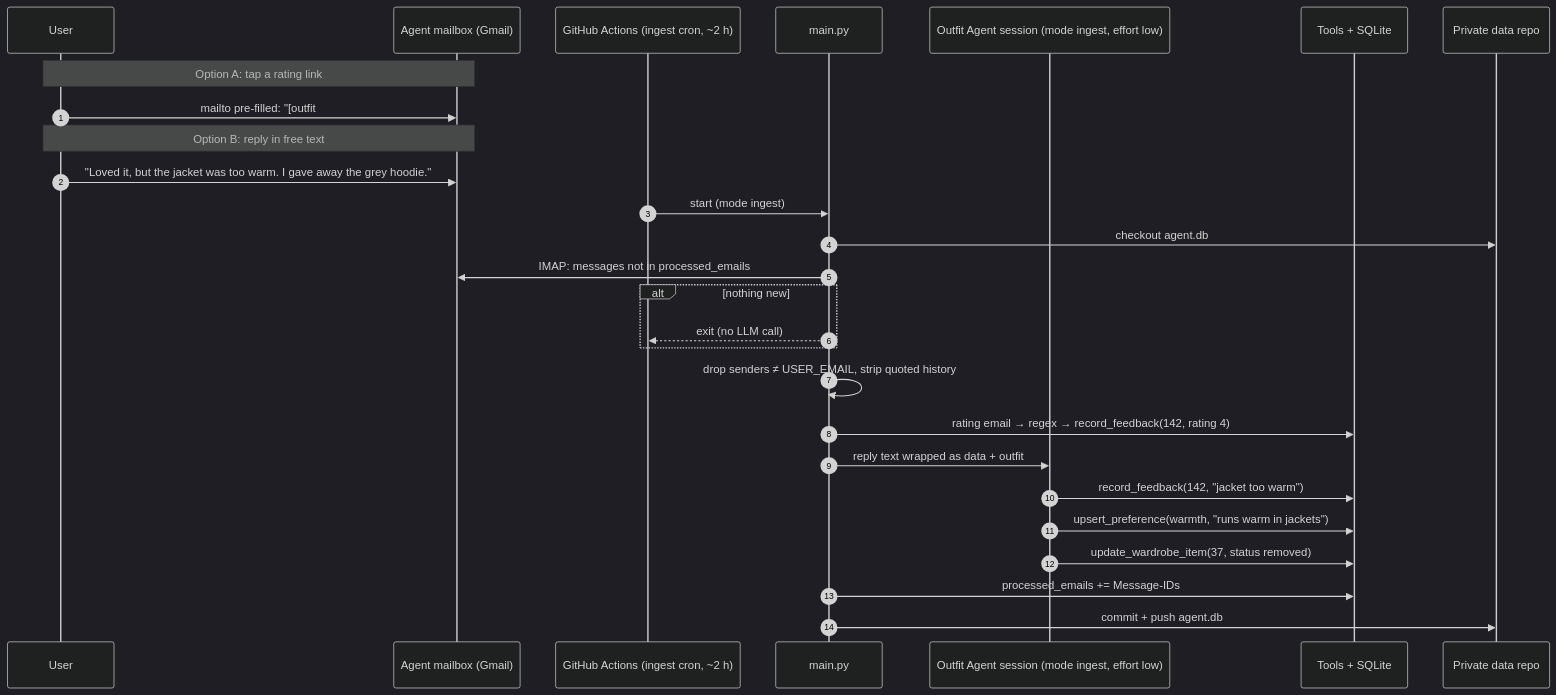
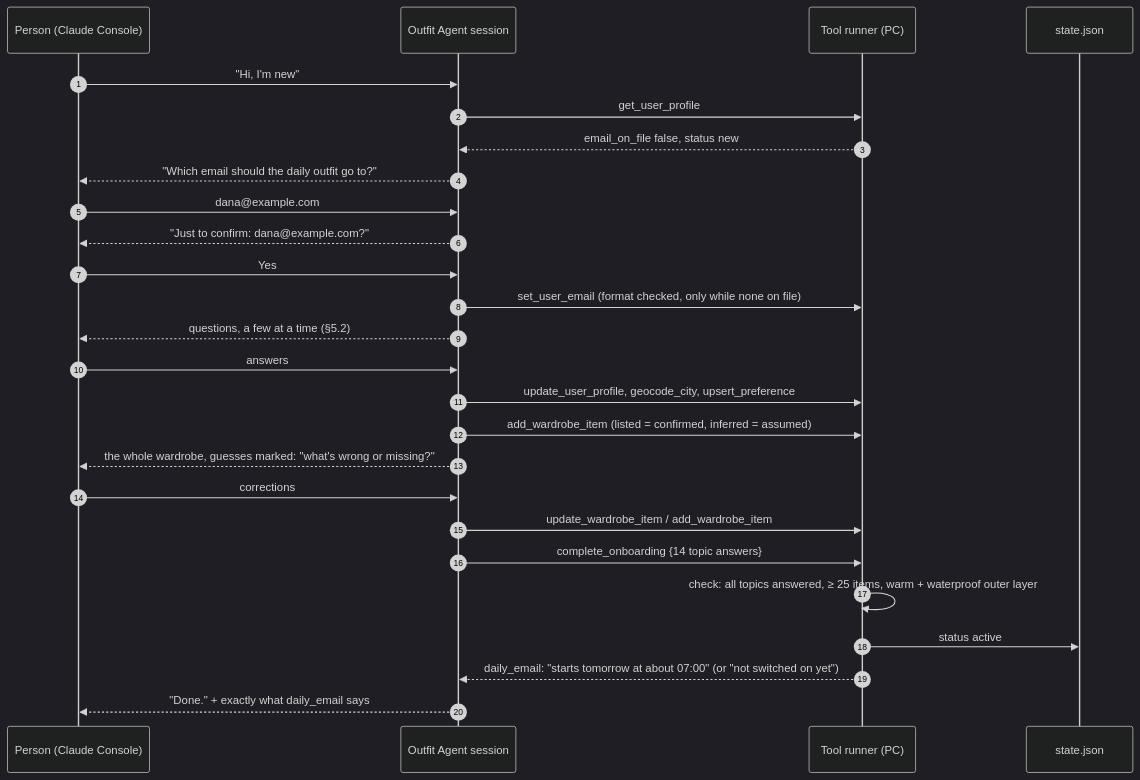
One commit to hodaya73-prog/Asaf_AI_Agent changed the fourth of 6 diagrams in Architecture.md. Above: the diagram before and after it, drawn with Mermaid (dark theme). The commit also changed other lines of this file and 7 other files, not shown here.

First line of the commit message:
Run the Outfit Agent daily from Claude Platform with a local tool runner

````diff
--- a/Architecture.md
+++ b/Architecture.md
@@ -142,31 +142,29 @@
 ```mermaid
 sequenceDiagram
     autonumber
-    participant U as User
-    participant G as Agent mailbox (Gmail)
-    participant GA as GitHub Actions (ingest cron, ~2 h)
-    participant O as main.py
-    participant C as Outfit Agent session (mode ingest, effort low)
-    participant T as Tools + SQLite
-    participant DR as Private data repo
+    participant P as Person (Claude Console)
+    participant C as Outfit Agent session
+    participant R as Tool runner (PC)
+    participant S as state.json
 
-    Note over U,G: Option A: tap a rating link
-    U->>G: mailto pre-filled: "[outfit#142] rating 4" → send
-    Note over U,G: Option B: reply in free text
-    U->>G: "Loved it, but the jacket was too warm. I gave away the grey hoodie."
-
-    GA->>O: start (mode ingest)
-    O->>DR: checkout agent.db
-    O->>G: IMAP: messages not in processed_emails
-    alt nothing new
-        O-->>GA: exit (no LLM call)
-    end
-    O->>O: drop senders ≠ USER_EMAIL, strip quoted history
-    O->>T: rating email → regex → record_feedback(142, rating 4)
-    O->>C: reply text wrapped as data + outfit#142 context
-    C->>T: record_feedback(142, "jacket too warm")
-    C->>T: upsert_preference(warmth, "runs warm in jackets")
-    C->>T: update_wardrobe_item(37, status removed)
-    O->>T: processed_emails += Message-IDs
-    O->>DR: commit + push agent.db
+    P->>C: "Hi, I'm new"
+    C->>R: get_user_profile
+    R-->>C: email_on_file false, status new
+    C-->>P: "Which email should the daily outfit go to?"
+    P->>C: dana@example.com
+    C-->>P: "Just to confirm: dana@example.com?"
+    P->>C: Yes
+    C->>R: set_user_email (format checked, only while none on file)
+    C-->>P: questions, a few at a time (§5.2)
+    P->>C: answers
+    C->>R: update_user_profile, geocode_city, upsert_preference
+    C->>R: add_wardrobe_item (listed = confirmed, inferred = assumed)
+    C-->>P: the whole wardrobe, guesses marked: "what's wrong or missing?"
+    P->>C: corrections
+    C->>R: update_wardrobe_item / add_wardrobe_item
+    C->>R: complete_onboarding {14 topic answers}
+    R->>R: check: all topics answered, ≥ 25 items, warm + waterproof outer layer
+    R->>S: status active
+    R-->>C: daily_email: "starts tomorrow at about 07:00" (or "not switched on yet")
+    C-->>P: "Done." + exactly what daily_email says
 ```
````
